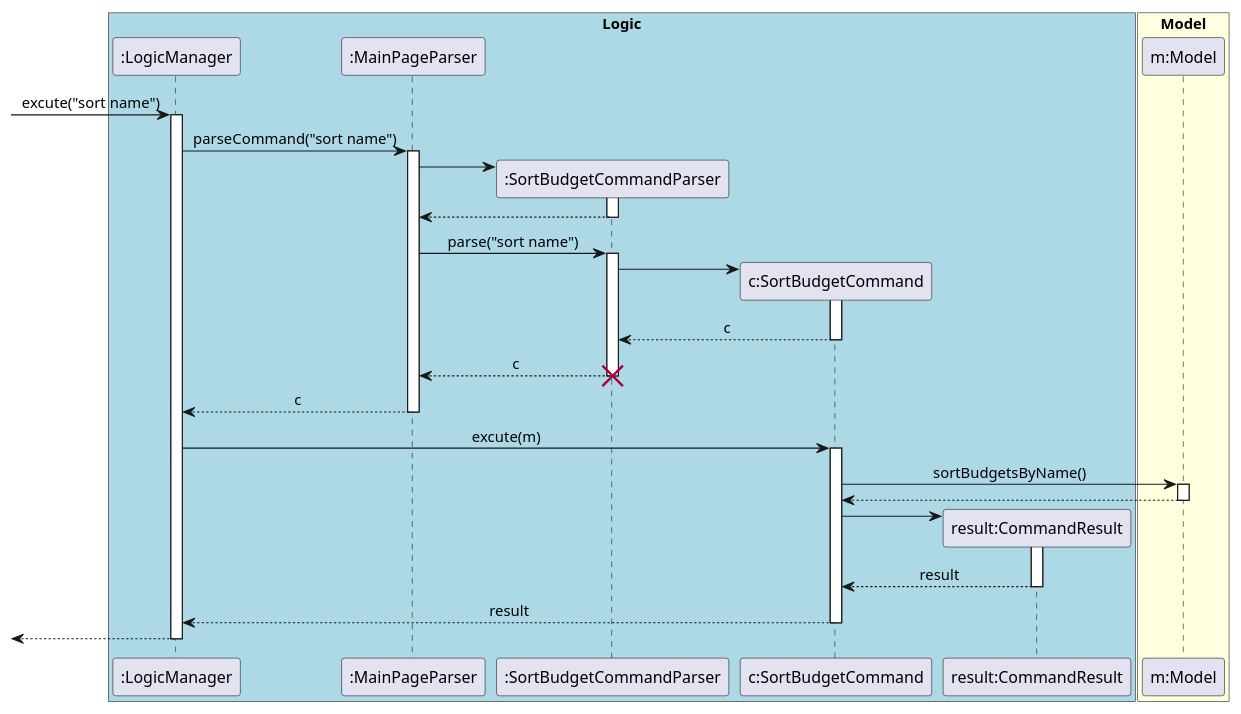
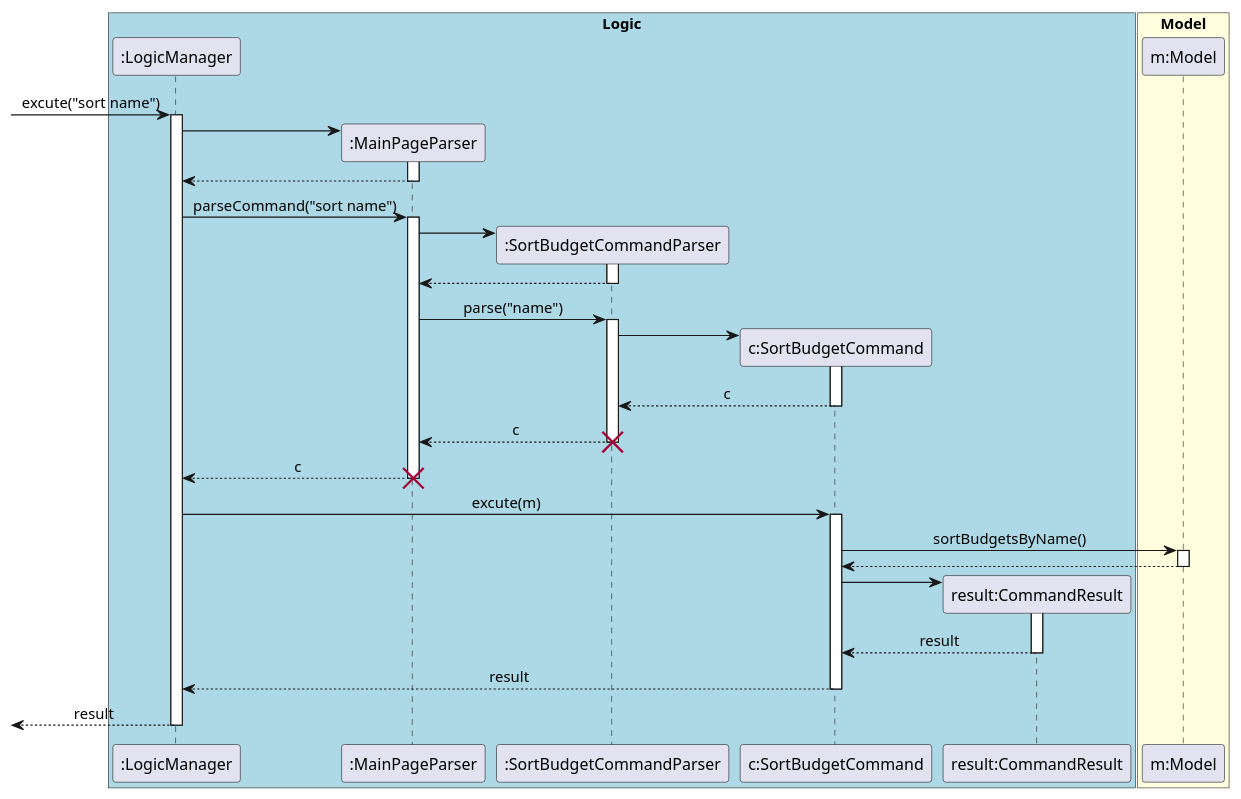
One commit to yu-ming-chen/tp changed the diagram in docs/diagrams/commandsPlantUML/SortBudgetCommand.puml. Above: the diagram before and after it, drawn with PlantUML. The commit also changed 12 other files, not shown here.

Commit message:
Edit sequence diagram in Dg

```diff
--- a/docs/diagrams/commandsPlantUML/SortBudgetCommand.puml
+++ b/docs/diagrams/commandsPlantUML/SortBudgetCommand.puml
@@ -1,62 +1,68 @@
 @startuml
 skinparam Sequence {
     MessageAlign center
 }
 box "Logic" #LightBlue
 participant ":LogicManager" as LM
 participant ":MainPageParser" as MPP
 participant ":SortBudgetCommandParser" as SBCP
 participant "c:SortBudgetCommand" as SBC
 participant "result:CommandResult" as CR
 
 end box
 
 box "Model" #LightYellow
 participant "m:Model" as M
 end box
 
 [-> LM : excute("sort name")
 activate LM
+create MPP
+LM -> MPP
+activate MPP
+LM <-- MPP
+deactivate MPP
 LM -> MPP : parseCommand("sort name")
 activate MPP
 
 create SBCP
 MPP -> SBCP
 activate SBCP
 MPP <-- SBCP
 deactivate SBCP
-MPP -> SBCP : parse("sort name")
+MPP -> SBCP : parse("name")
 activate SBCP
 
 create SBC
 SBCP -> SBC
 activate SBC
 SBCP <-- SBC : c
 deactivate SBC
 MPP <-- SBCP : c
 destroy SBCP
 
 deactivate SBCP
 LM <-- MPP : c
 deactivate MPP
+destroy MPP
 
 
 LM -> SBC: excute(m)
 activate SBC
 SBC -> M : sortBudgetsByName()
 activate M
 SBC <-- M
 deactivate M
 
 create CR
 SBC -> CR
 activate CR
 SBC <-- CR : result
 deactivate CR
 
 LM <-- SBC: result
 deactivate SBC
-[<-- LM
+[<-- LM: result
 deactivate LM
 
 @enduml
```
